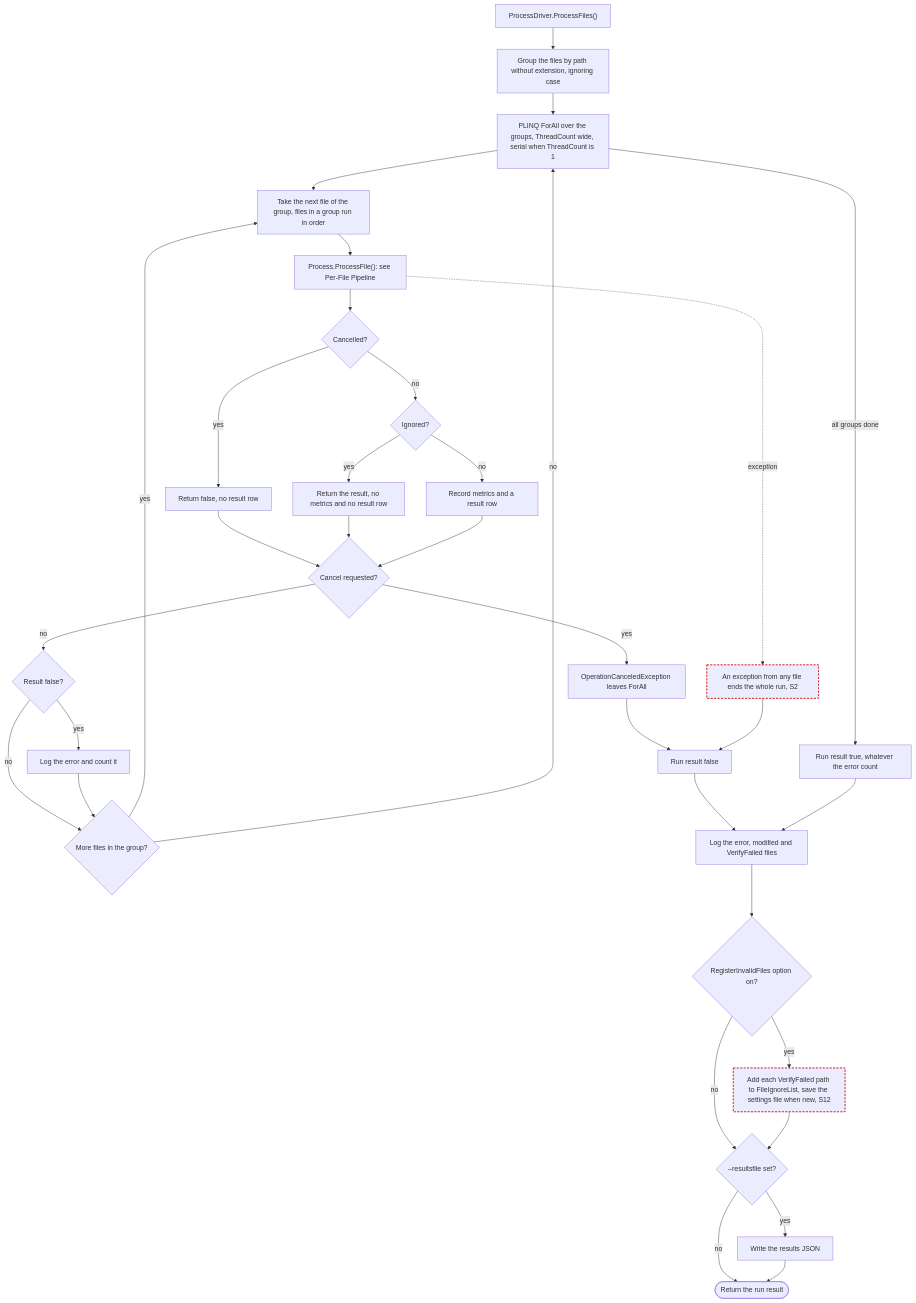
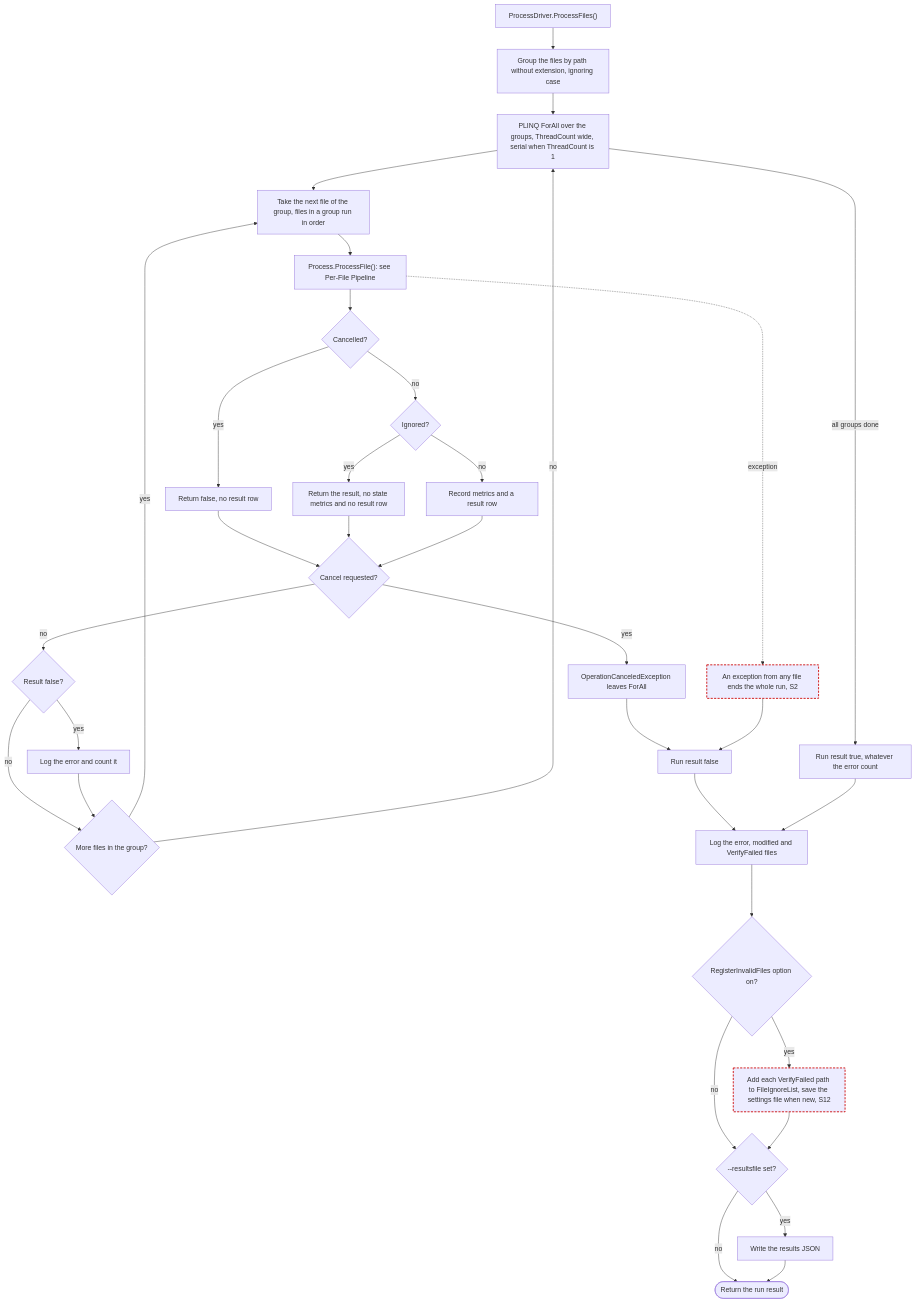
Before and after one commit to ptr727/PlexCleaner: the second of 11 diagrams in ARCHITECTURE.md, drawn with Mermaid. The commit also changed other lines of this file and 1 other file, not shown here.

First line of the commit message:
Fix Review Findings on the Process Diagrams

````diff
--- a/ARCHITECTURE.md
+++ b/ARCHITECTURE.md
@@ -265,36 +265,36 @@
 ```mermaid
 flowchart TD
   A["ProcessDriver.ProcessFiles()"] --> B["Group the files by path without extension, ignoring case"]
   B --> C["PLINQ ForAll over the groups, ThreadCount wide, serial when ThreadCount is 1"]
   C --> D["Take the next file of the group, files in a group run in order"]
   D --> E["Process.ProcessFile(): see Per-File Pipeline"]
   E --> L1{"Cancelled?"}
   L1 -->|yes| L2["Return false, no result row"]
   L1 -->|no| L3{"Ignored?"}
-  L3 -->|yes| L4["Return the result, no metrics and no result row"]
+  L3 -->|yes| L4["Return the result, no state metrics and no result row"]
   L3 -->|no| L5["Record metrics and a result row"]
   L2 --> K{"Cancel requested?"}
   L4 --> K
   L5 --> K
   K -->|yes| X1["OperationCanceledException leaves ForAll"]
   K -->|no| K1{"Result false?"}
   K1 -->|yes| K2["Log the error and count it"]
   K1 -->|no| N
   K2 --> N{"More files in the group?"}
   N -->|yes| D
   N -->|no| C
   E -.->|exception| X2["An exception from any file ends the whole run, S2"]:::suspect
   X1 --> RF["Run result false"]
   X2 --> RF
   C -->|all groups done| RT["Run result true, whatever the error count"]
   RF --> P["Log the error, modified and VerifyFailed files"]
   RT --> P
   P --> Q{"RegisterInvalidFiles option on?"}
   Q -->|yes| Q1["Add each VerifyFailed path to FileIgnoreList, save the settings file when new, S12"]:::suspect
   Q -->|no| W
   Q1 --> W{"--resultsfile set?"}
   W -->|yes| W1["Write the results JSON"]
   W -->|no| Z(["Return the run result"])
   W1 --> Z
   classDef suspect stroke:#c00,stroke-width:2px,stroke-dasharray:5 3
 ```
````
